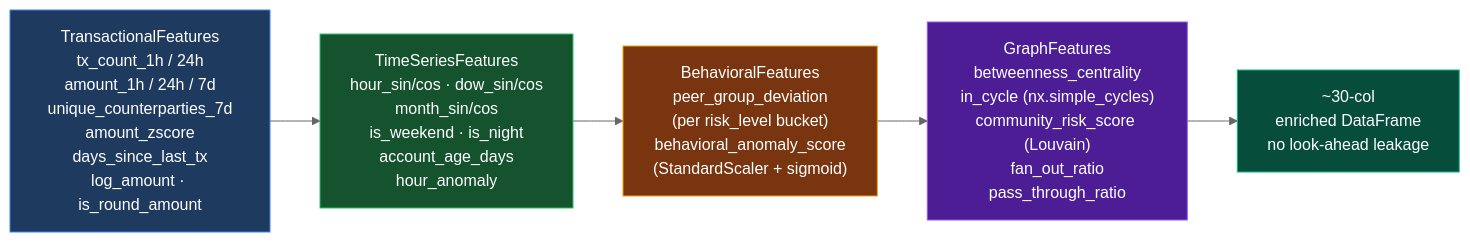
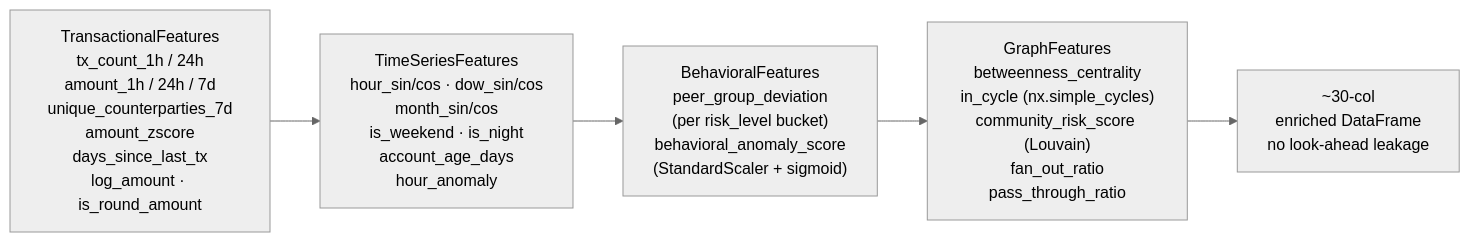
The fourth of 23 diagrams in README.md (gregorizeidler/AML-multiverse-simulator), drawn with Mermaid (neutral theme) before and after one commit. The commit also changed other lines of this file, not shown here.

Commit message:
fix: remove all custom mermaid style directives incompatible with GitHub renderer

````diff
--- a/README.md
+++ b/README.md
@@ -568,14 +545,9 @@
 ```mermaid
 flowchart LR
-    style T fill:#1e3a5f,stroke:#3b82f6,color:#fff
-    style TS fill:#14532d,stroke:#22c55e,color:#fff
-    style B fill:#78350f,stroke:#f59e0b,color:#fff
-    style G fill:#4c1d95,stroke:#8b5cf6,color:#fff
-    style OUT fill:#064e3b,stroke:#10b981,color:#fff
 
     T["TransactionalFeatures\ntx_count_1h / 24h\namount_1h / 24h / 7d\nunique_counterparties_7d\namount_zscore\ndays_since_last_tx\nlog_amount · is_round_amount"] --> TS
     TS["TimeSeriesFeatures\nhour_sin/cos · dow_sin/cos\nmonth_sin/cos\nis_weekend · is_night\naccount_age_days\nhour_anomaly"] --> B
     B["BehavioralFeatures\npeer_group_deviation\n(per risk_level bucket)\nbehavioral_anomaly_score\n(StandardScaler + sigmoid)"] --> G
     G["GraphFeatures\nbetweenness_centrality\nin_cycle (nx.simple_cycles)\ncommunity_risk_score (Louvain)\nfan_out_ratio\npass_through_ratio"] --> OUT
     OUT["~30-col\nenriched DataFrame\nno look-ahead leakage"]
 ```
````
